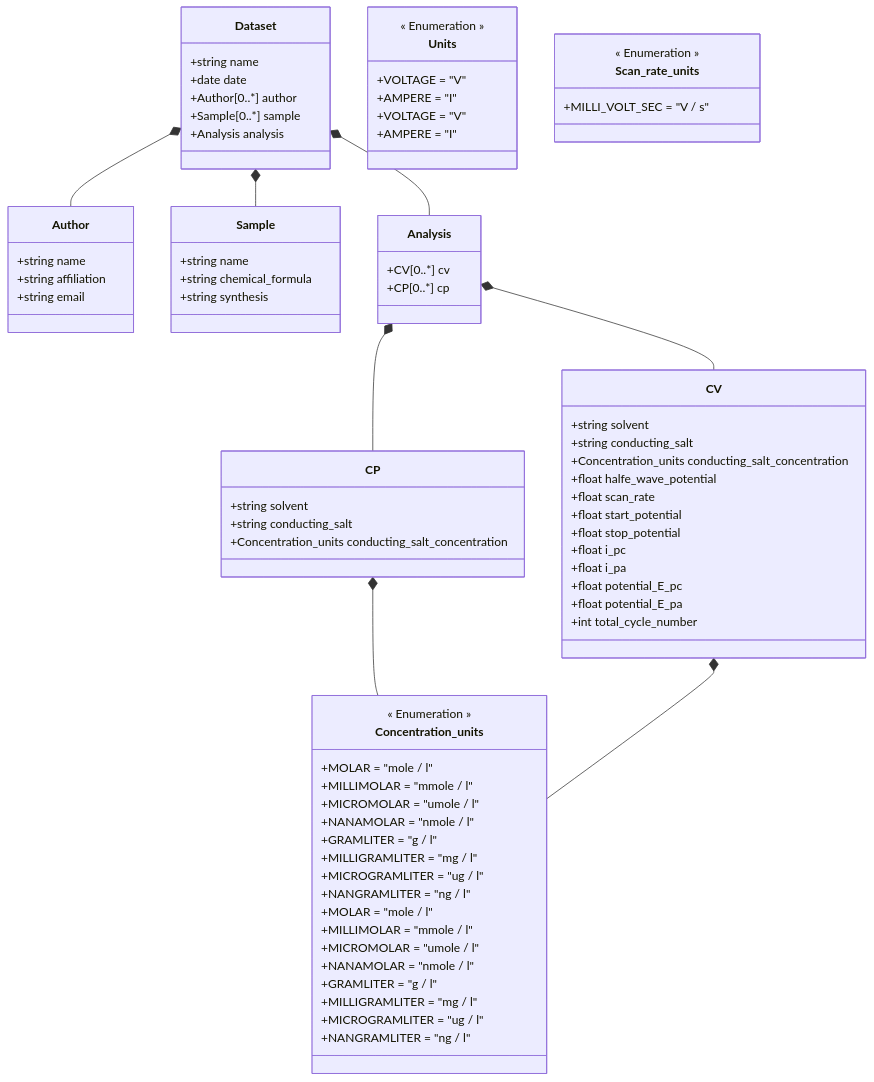
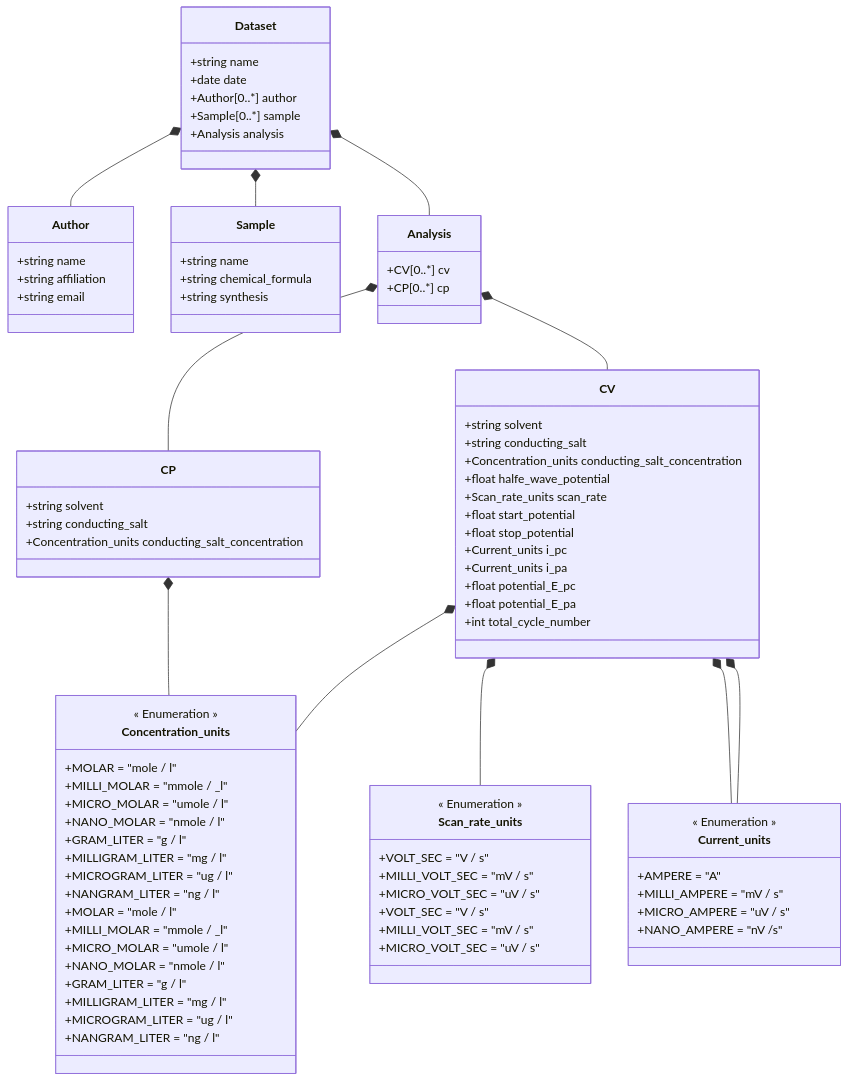
The diagram in ElectrochemistryDataModel/schemes/Datamodel for Electrochemistry.md (FAIRChemistry/datamodel-electrochemistry), drawn with Mermaid before and after one commit. The commit also changed 11 other files, not shown here.

````diff
--- a/ElectrochemistryDataModel/schemes/Datamodel for Electrochemistry.md
+++ b/ElectrochemistryDataModel/schemes/Datamodel for Electrochemistry.md
@@ -7,6 +7,9 @@
     Analysis *-- CP
     CP *-- Concentration_units
     CV *-- Concentration_units
+    CV *-- Scan_rate_units
+    CV *-- Current_units
+    CV *-- Current_units
     
     class Dataset {
         +string name
@@ -38,11 +41,11 @@
         +string conducting_salt
         +Concentration_units conducting_salt_concentration
         +float halfe_wave_potential
-        +float scan_rate
+        +Scan_rate_units scan_rate
         +float start_potential
         +float stop_potential
-        +float i_pc
-        +float i_pa
+        +Current_units i_pc
+        +Current_units i_pa
         +float potential_E_pc
         +float potential_E_pa
         +int total_cycle_number
@@ -54,45 +57,50 @@
         +string email
     }
     
-    class Units {
+    class Concentration_units {
         << Enumeration >>
-        +VOLTAGE = "V"
-        +AMPERE = "I"
-    }
-    
-    class Units {
-        << Enumeration >>
-        +VOLTAGE = "V"
-        +AMPERE = "I"
+        +MOLAR = "mole / l"
+        +MILLI_MOLAR = "mmole / _l"
+        +MICRO_MOLAR = "umole / l"
+        +NANO_MOLAR = "nmole / l"
+        +GRAM_LITER = "g / l"
+        +MILLIGRAM_LITER = "mg / l"
+        +MICROGRAM_LITER = "ug / l"
+        +NANGRAM_LITER = "ng / l"
     }
     
     class Concentration_units {
         << Enumeration >>
         +MOLAR = "mole / l"
-        +MILLIMOLAR = "mmole / l"
-        +MICROMOLAR = "umole / l"
-        +NANAMOLAR = "nmole / l"
-        +GRAMLITER = "g / l"
-        +MILLIGRAMLITER = "mg / l"
-        +MICROGRAMLITER = "ug / l"
-        +NANGRAMLITER = "ng / l"
-    }
-    
-    class Concentration_units {
-        << Enumeration >>
-        +MOLAR = "mole / l"
-        +MILLIMOLAR = "mmole / l"
-        +MICROMOLAR = "umole / l"
-        +NANAMOLAR = "nmole / l"
-        +GRAMLITER = "g / l"
-        +MILLIGRAMLITER = "mg / l"
-        +MICROGRAMLITER = "ug / l"
-        +NANGRAMLITER = "ng / l"
+        +MILLI_MOLAR = "mmole / _l"
+        +MICRO_MOLAR = "umole / l"
+        +NANO_MOLAR = "nmole / l"
+        +GRAM_LITER = "g / l"
+        +MILLIGRAM_LITER = "mg / l"
+        +MICROGRAM_LITER = "ug / l"
+        +NANGRAM_LITER = "ng / l"
     }
     
     class Scan_rate_units {
         << Enumeration >>
-        +MILLI_VOLT_SEC = "V / s"
+        +VOLT_SEC = "V / s"
+        +MILLI_VOLT_SEC = "mV / s"
+        +MICRO_VOLT_SEC = "uV / s"
+    }
+    
+    class Scan_rate_units {
+        << Enumeration >>
+        +VOLT_SEC = "V / s"
+        +MILLI_VOLT_SEC = "mV / s"
+        +MICRO_VOLT_SEC = "uV / s"
+    }
+    
+    class Current_units {
+        << Enumeration >>
+        +AMPERE = "A"
+        +MILLI_AMPERE = "mV / s"
+        +MICRO_AMPERE = "uV / s"
+        +NANO_AMPERE = "nV /s"
     }
     
 ```
````
